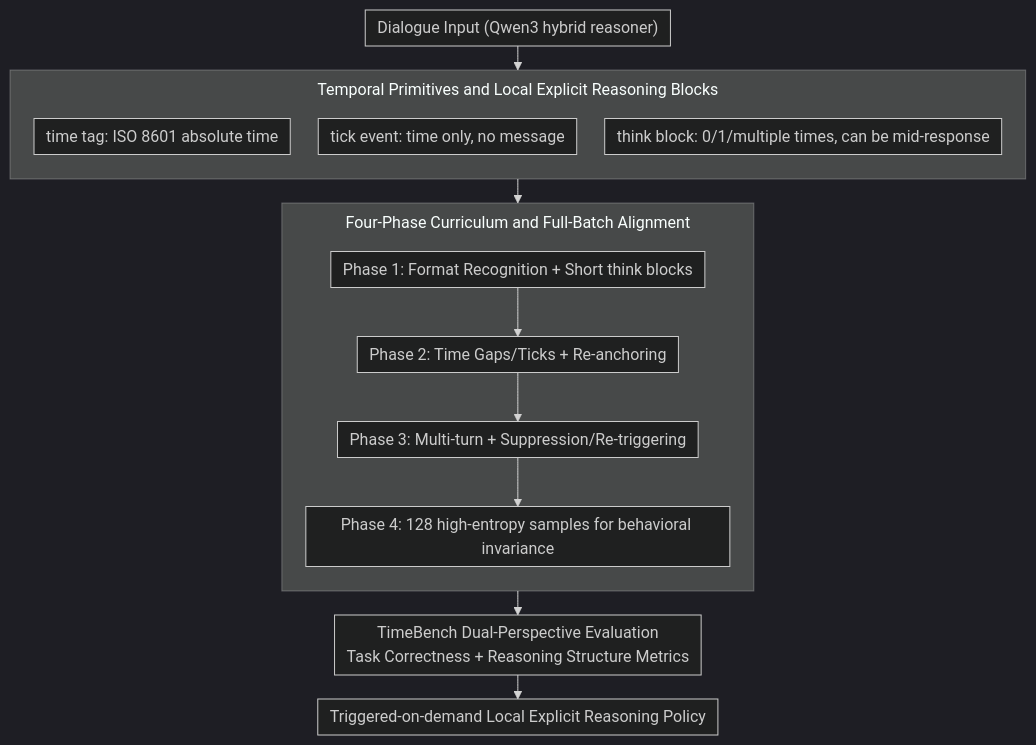
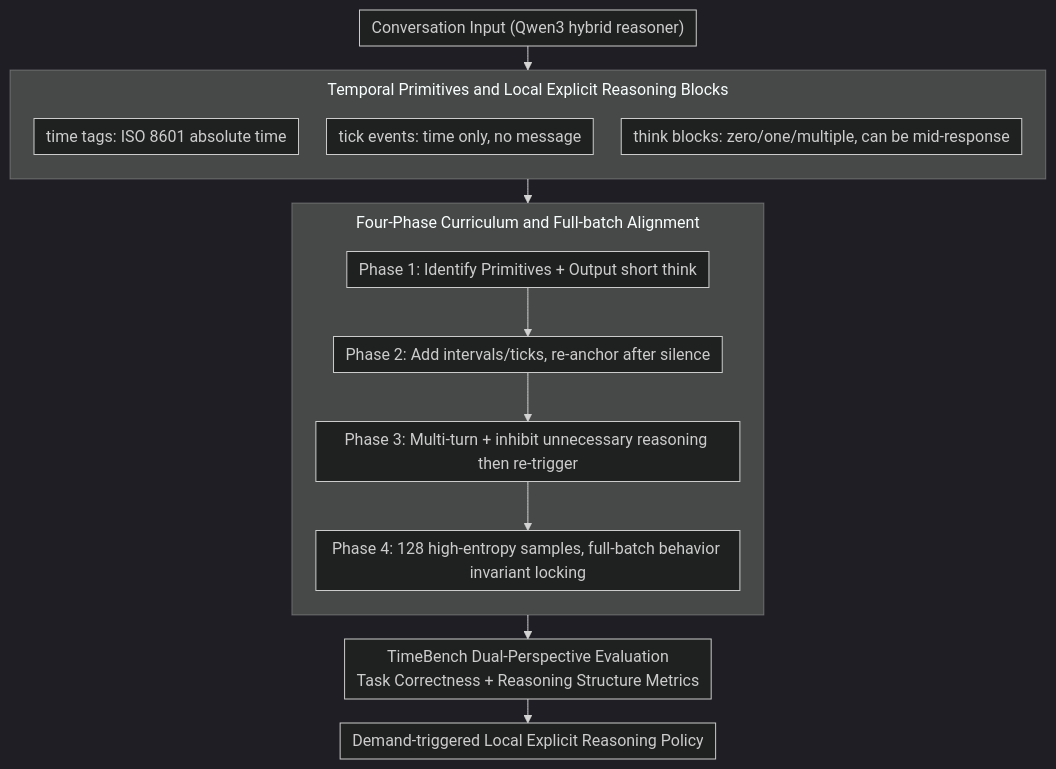
The diagram in docs/ACL2026/llm_reasoning/time_temporally_intelligent_meta-reasoning_engine_for_context-triggered_explicit.md (zhaoyang97/Paper-Notes-en), drawn with Mermaid (dark theme) before and after one commit. The commit also changed other lines of this file and 5084 other files, not shown here.

````diff
--- a/docs/ACL2026/llm_reasoning/time_temporally_intelligent_meta-reasoning_engine_for_context-triggered_explicit.md
+++ b/docs/ACL2026/llm_reasoning/time_temporally_intelligent_meta-reasoning_engine_for_context-triggered_explicit.md
@@ -47,20 +47,20 @@
 ```mermaid
 %%{init: {'flowchart': {'rankSpacing': 24, 'nodeSpacing': 28, 'padding': 6, 'wrappingWidth': 400, 'subGraphTitleMargin': {'top': 8, 'bottom': 16}}}}%%
 flowchart TD
-    A["Dialogue Input (Qwen3 hybrid reasoner)"] --> PRIM
+    A["Conversation Input (Qwen3 hybrid reasoner)"] --> PRIM
     subgraph PRIM["Temporal Primitives and Local Explicit Reasoning Blocks"]
         direction TB
-        T1["time tag: ISO 8601 absolute time"]
-        T2["tick event: time only, no message"]
-        T3["think block: 0/1/multiple times, can be mid-response"]
+        T1["time tags: ISO 8601 absolute time"]
+        T2["tick events: time only, no message"]
+        T3["think blocks: zero/one/multiple, can be mid-response"]
     end
     PRIM --> CUR
-    subgraph CUR["Four-Phase Curriculum and Full-Batch Alignment"]
+    subgraph CUR["Four-Phase Curriculum and Full-batch Alignment"]
         direction TB
-        P1["Phase 1: Format Recognition + Short think blocks"] --> P2["Phase 2: Time Gaps/Ticks + Re-anchoring"]
-        P2 --> P3["Phase 3: Multi-turn + Suppression/Re-triggering"]
-        P3 --> P4["Phase 4: 128 high-entropy samples for behavioral invariance"]
+        P1["Phase 1: Identify Primitives + Output short think"] --> P2["Phase 2: Add intervals/ticks, re-anchor after silence"]
+        P2 --> P3["Phase 3: Multi-turn + inhibit unnecessary reasoning then re-trigger"]
+        P3 --> P4["Phase 4: 128 high-entropy samples, full-batch behavior invariant locking"]
     end
     CUR --> EVAL["TimeBench Dual-Perspective Evaluation<br/>Task Correctness + Reasoning Structure Metrics"]
-    EVAL --> O["Triggered-on-demand Local Explicit Reasoning Policy"]
+    EVAL --> O["Demand-triggered Local Explicit Reasoning Policy"]
 ```
````
